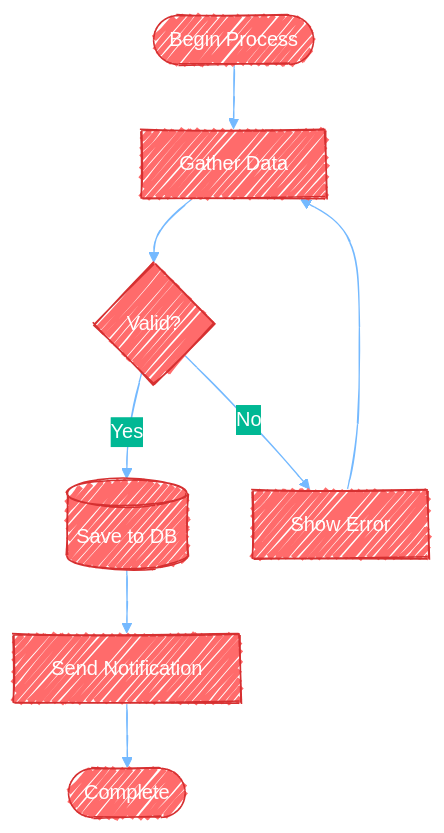
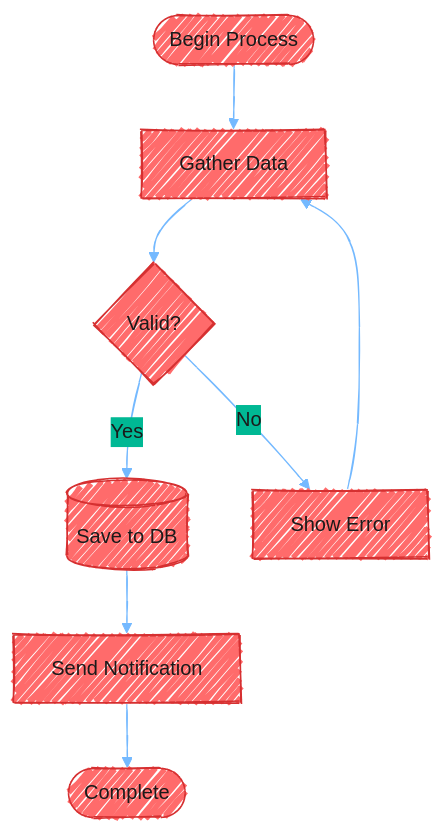
One commit to costa-marcello/repertoire changed the fifth of 9 diagrams in skills/mermaid-diagrams/references/advanced-features.md. Above: the diagram before and after it, drawn with Mermaid. The commit also changed other lines of this file and 12 other files, not shown here.

First line of the commit message:
Fix mermaid-diagrams examples that broke its own rules

````diff
--- a/skills/mermaid-diagrams/references/advanced-features.md
+++ b/skills/mermaid-diagrams/references/advanced-features.md
@@ -103,23 +107,23 @@
 ```mermaid
 ---
 config:
   theme: base
   look: handDrawn
   layout: dagre
   themeVariables:
     primaryColor: "#ff6b6b"
-    primaryTextColor: "#fff"
+    primaryTextColor: "#1a1a1a"
     primaryBorderColor: "#d63031"
     lineColor: "#74b9ff"
     secondaryColor: "#00b894"
     tertiaryColor: "#fdcb6e"
 ---
 flowchart TD
     Start([Begin Process]) --> Input[Gather Data]
     Input --> Process{Valid?}
     Process -->|Yes| Store[(Save to DB)]
     Process -->|No| Error[Show Error]
     Store --> Notify[Send Notification]
     Error --> Input
-    Notify --> End([Complete])
+    Notify --> Finish([Complete])
 ```
````
